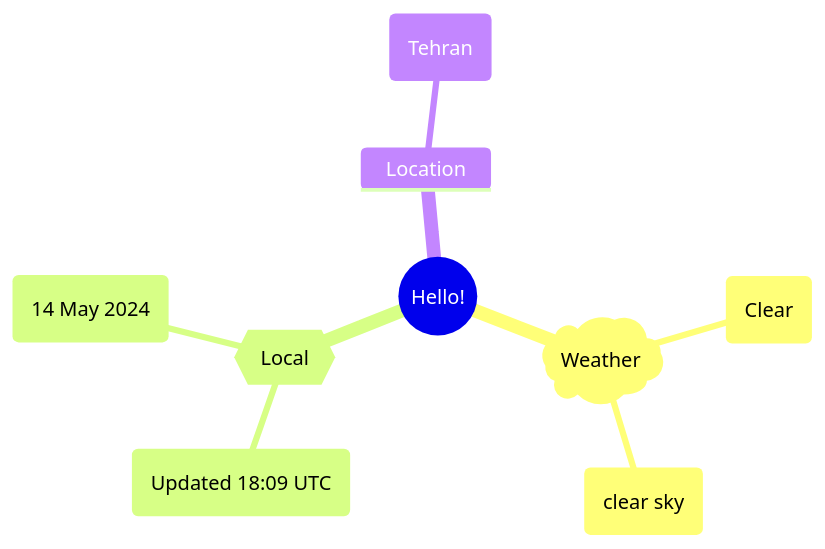
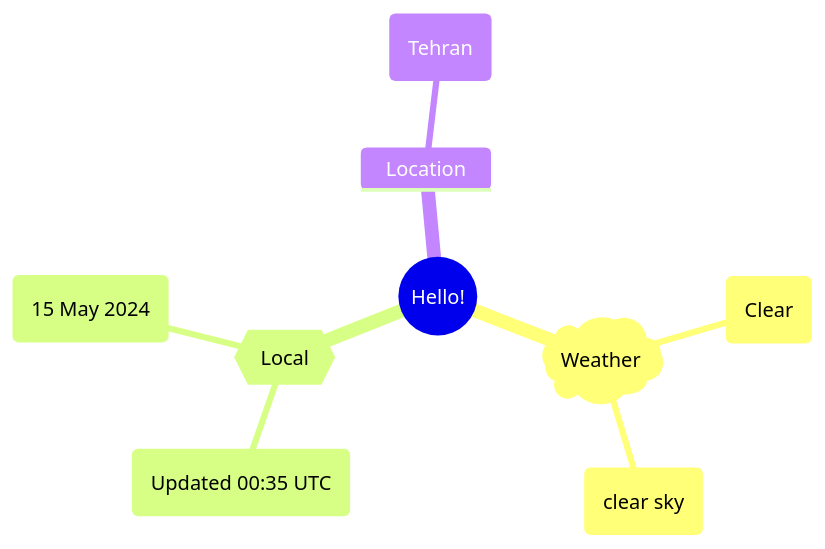
One commit to Xosrov/Xosrov changed the first of 2 diagrams in README.md. Above: the diagram before and after it, drawn with Mermaid.

Commit message:
[bot] updated images

````diff
--- a/README.md
+++ b/README.md
@@ -3,12 +3,12 @@
 ```mermaid
 mindmap
   root((Hello!))
     )Weather(
         (Clear)
         (clear sky)
     {{Local}}
-        (Updated 18:09 UTC)
-        (14 May 2024)
+        (Updated 00:35 UTC)
+        (15 May 2024)
     Location
         (Tehran)
 ```
````
